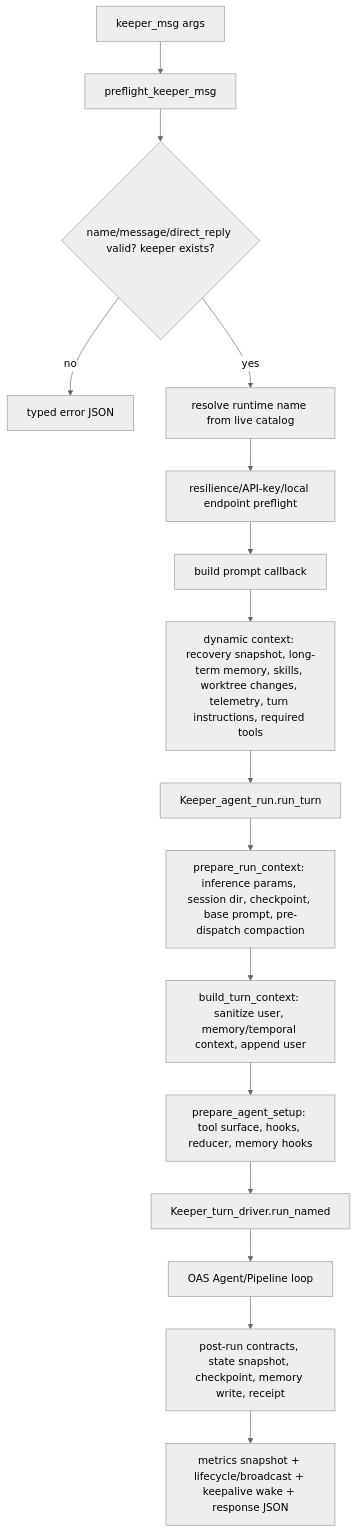
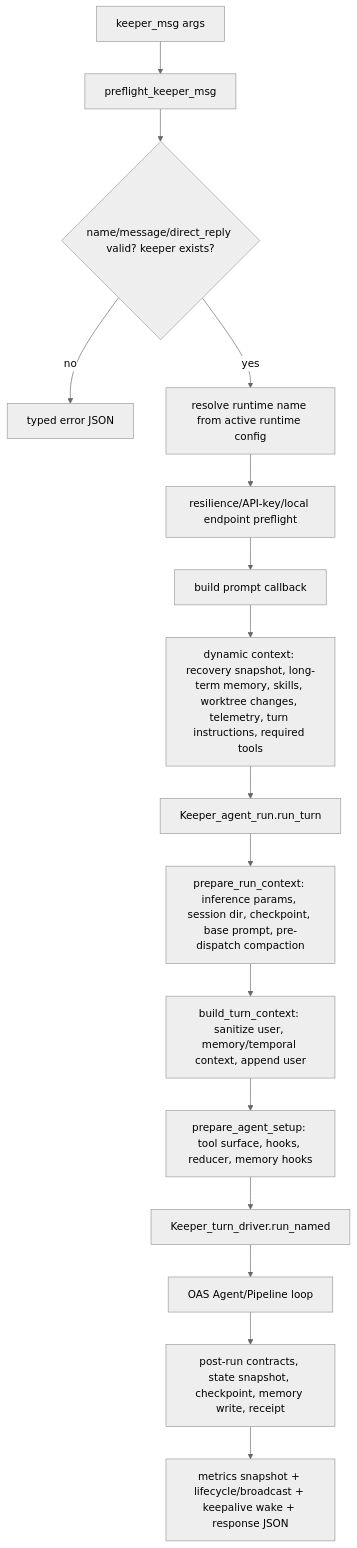
The third of 5 diagrams in docs/keeper-turn-lifecycle.md (jeong-sik/masc), drawn with Mermaid (neutral theme) before and after one commit. The commit also changed other lines of this file and 29 other files, not shown here.

Commit message:
Purge remaining doctor and runtime catalog docs

````diff
--- a/docs/keeper-turn-lifecycle.md
+++ b/docs/keeper-turn-lifecycle.md
@@ -87,18 +87,18 @@
 ```mermaid
 flowchart TD
     A[keeper_msg args] --> B[preflight_keeper_msg]
     B --> C{name/message/direct_reply valid? keeper exists?}
     C -- no --> X[typed error JSON]
-    C -- yes --> D[resolve runtime name from live catalog]
+    C -- yes --> D[resolve runtime name from active runtime config]
     D --> E[resilience/API-key/local endpoint preflight]
     E --> F[build prompt callback]
     F --> G[dynamic context: recovery snapshot, long-term memory, skills, worktree changes, telemetry, turn instructions, required tools]
     G --> H[Keeper_agent_run.run_turn]
     H --> I[prepare_run_context: inference params, session dir, checkpoint, base prompt, pre-dispatch compaction]
     I --> J[build_turn_context: sanitize user, memory/temporal context, append user]
     J --> K[prepare_agent_setup: tool surface, hooks, reducer, memory hooks]
     K --> L[Keeper_turn_driver.run_named]
     L --> M[OAS Agent/Pipeline loop]
     M --> N[post-run contracts, state snapshot, checkpoint, memory write, receipt]
     N --> O[metrics snapshot + lifecycle/broadcast + keepalive wake + response JSON]
 ```
````
